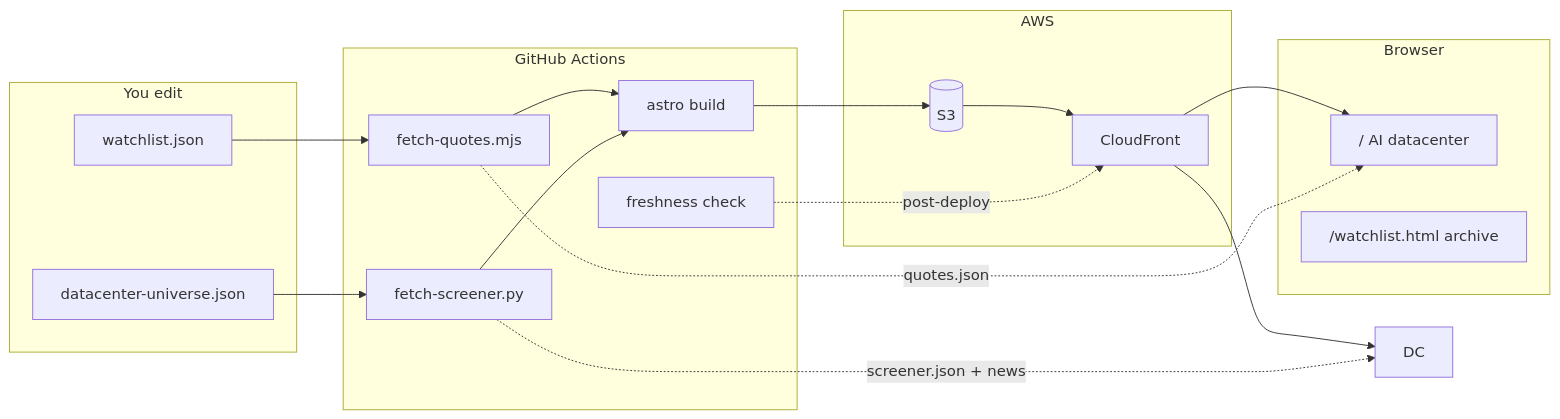
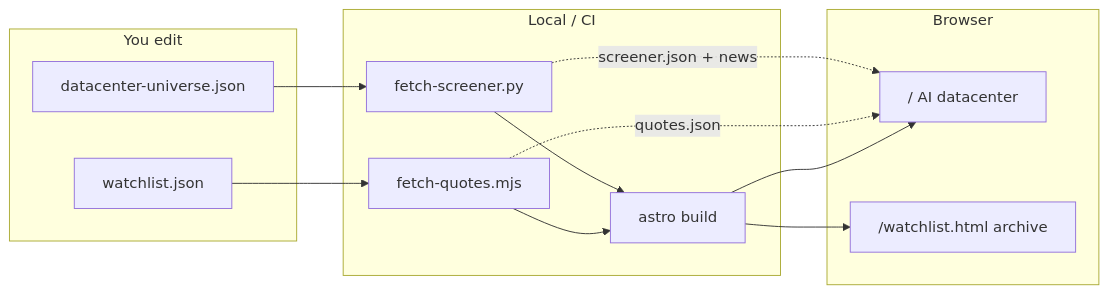
One commit to Jacob-Idolor/Pet_Projects changed the first of 2 diagrams in stocks/radar/README.md. Above: the diagram before and after it, drawn with Mermaid. The commit also changed other lines of this file and 36 other files, not shown here.

````diff
--- a/stocks/radar/README.md
+++ b/stocks/radar/README.md
@@ -17,36 +17,27 @@
 ```mermaid
 flowchart LR
   subgraph edit [You edit]
     W[watchlist.json]
     U[datacenter-universe.json]
   end
 
-  subgraph ci [GitHub Actions]
+  subgraph local [Local / CI]
     Q[fetch-quotes.mjs]
     S[fetch-screener.py]
     B[astro build]
-    F[freshness check]
-  end
-
-  subgraph host [AWS]
-    S3[(S3)]
-    CF[CloudFront]
   end
 
   subgraph browser [Browser]
     Home["/ AI datacenter"]
     WL["/watchlist.html archive"]
   end
 
   W --> Q
   U --> S
   Q --> B
   S --> B
-  B --> S3
-  S3 --> CF
-  CF --> Home
-  CF --> DC
+  B --> Home
+  B --> WL
   Q -.->|quotes.json| Home
-  S -.->|screener.json + news| DC
-  F -.->|post-deploy| CF
+  S -.->|screener.json + news| Home
 ```
````
